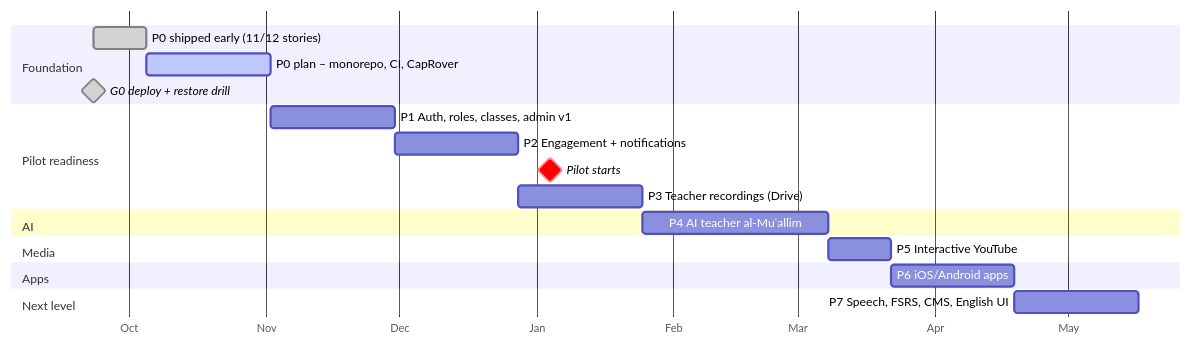
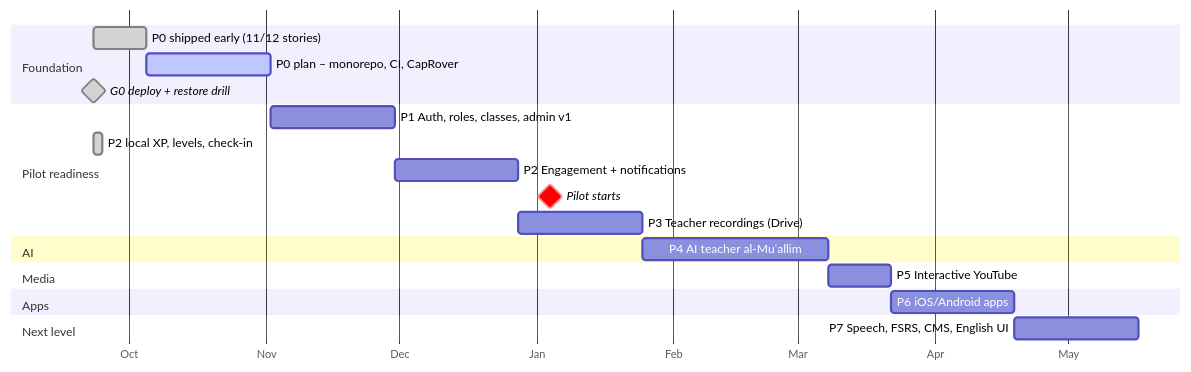
One commit to Sira-Labs/Suffa changed the second of 2 diagrams in docs/plan/roadmap.md. Above: the diagram before and after it, drawn with Mermaid. The commit also changed other lines of this file, not shown here.

First line of the commit message:
docs: update roadmap with the learning experience shipped on the device

````diff
--- a/docs/plan/roadmap.md
+++ b/docs/plan/roadmap.md
@@ -35,23 +57,24 @@
 ```mermaid
 gantt
   dateFormat YYYY-MM-DD
   axisFormat %b
   todayMarker on
   section Foundation
   P0 shipped early (11/12 stories)   :done, p0done, 2026-09-23, 12d
   P0 plan – monorepo, CI, CapRover   :active, p0, 2026-10-05, 28d
   G0 deploy + restore drill          :milestone, done, g0, 2026-09-23, 0d
   section Pilot readiness
   P1 Auth, roles, classes, admin v1  :p1, after p0, 28d
+  P2 local XP, levels, check-in      :done, p2local, 2026-09-23, 2d
   P2 Engagement + notifications      :p2, after p1, 28d
   Pilot starts                       :milestone, crit, pilot, 2027-01-04, 0d
   P3 Teacher recordings (Drive)      :p3, after p2, 28d
   section AI
   P4 AI teacher al-Muʿallim          :p4, after p3, 42d
   section Media
   P5 Interactive YouTube             :p5, after p4, 14d
   section Apps
   P6 iOS/Android apps                :p6, after p5, 28d
   section Next level
   P7 Speech, FSRS, CMS, English UI   :p7, after p6, 28d
 ```
````
